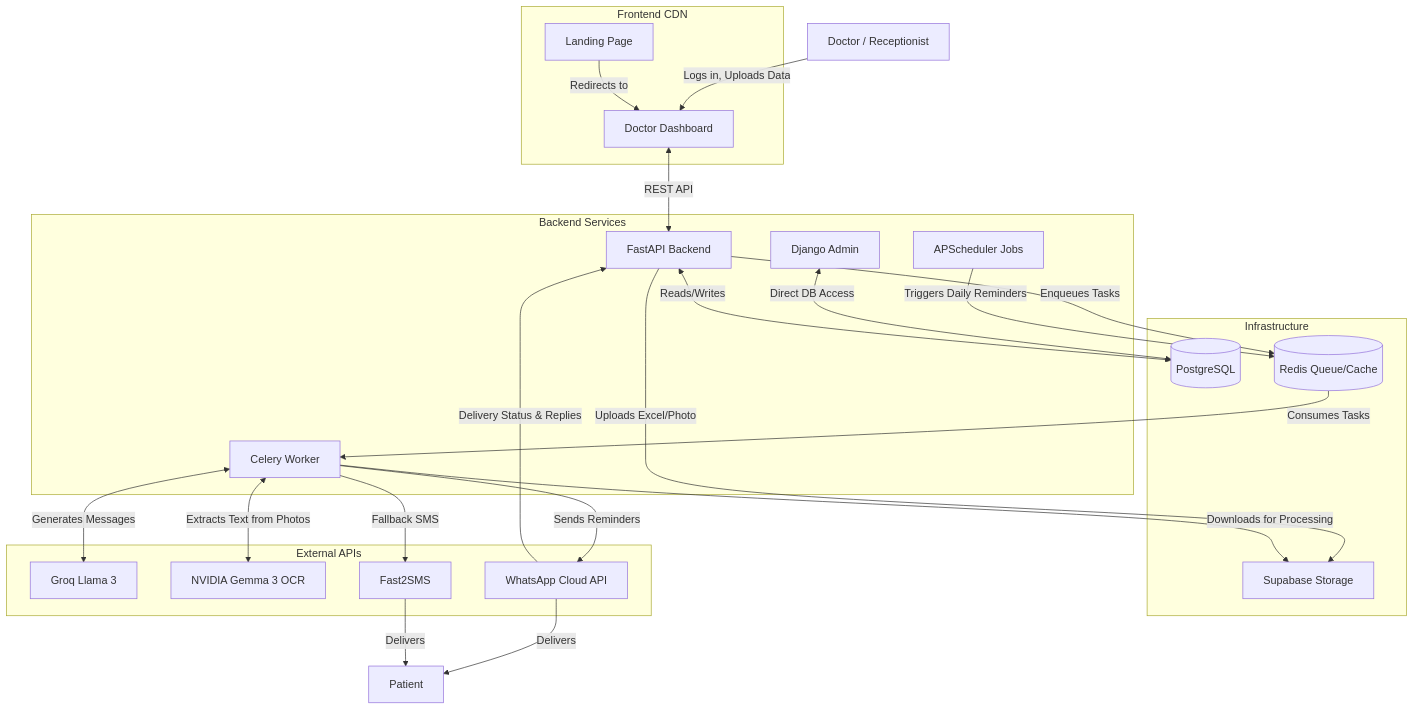
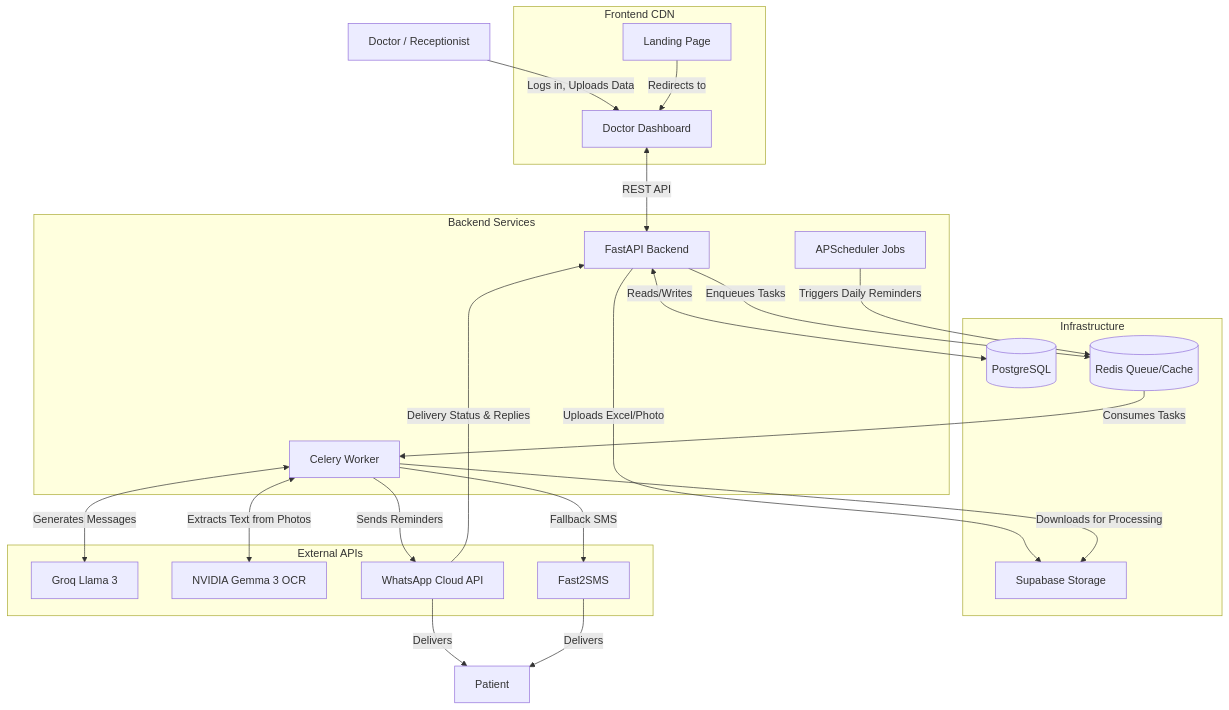
Before and after one commit to Sayandip05/careremind: the diagram in README.md, drawn with Mermaid. The commit also changed other lines of this file and 30 other files, not shown here.

````diff
--- a/README.md
+++ b/README.md
@@ -207,64 +207,62 @@
 ```mermaid
 graph TD
     %% Actors
     Doc[Doctor / Receptionist]
     Patient[Patient]
 
     %% Frontends
     subgraph Frontend CDN
         Land[Landing Page]
         Dash[Doctor Dashboard]
     end
 
     %% Backend Services
     subgraph Backend Services
         API[FastAPI Backend]
         Worker[Celery Worker]
         Cron[APScheduler Jobs]
-        Admin[Django Admin]
     end
 
     %% Storage & Queue
     subgraph Infrastructure
         PG[(PostgreSQL)]
         Redis[(Redis Queue/Cache)]
         Store[Supabase Storage]
     end
 
     %% External APIs
     subgraph External APIs
         Groq[Groq Llama 3]
         Vision[NVIDIA Gemma 3 OCR]
         Meta[WhatsApp Cloud API]
         SMS[Fast2SMS]
     end
 
     %% Connections - Frontend
     Doc -->|Logs in, Uploads Data| Dash
     Land -->|Redirects to| Dash
     Dash <-->|REST API| API
-    Admin <-->|Direct DB Access| PG
 
     %% Connections - Core Logic
     API <-->|Reads/Writes| PG
     API -->|Enqueues Tasks| Redis
     Redis -->|Consumes Tasks| Worker
     Cron -->|Triggers Daily Reminders| Redis
 
     %% Connections - Storage
     API -->|Uploads Excel/Photo| Store
     Worker -->|Downloads for Processing| Store
 
     %% Connections - AI
     Worker <-->|Generates Messages| Groq
     Worker <-->|Extracts Text from Photos| Vision
 
     %% Connections - Delivery
     Worker -->|Sends Reminders| Meta
     Worker -->|Fallback SMS| SMS
     Meta -->|Delivers| Patient
     SMS -->|Delivers| Patient
 
     %% Webhooks
     Meta -->|Delivery Status & Replies| API
 ```
````
